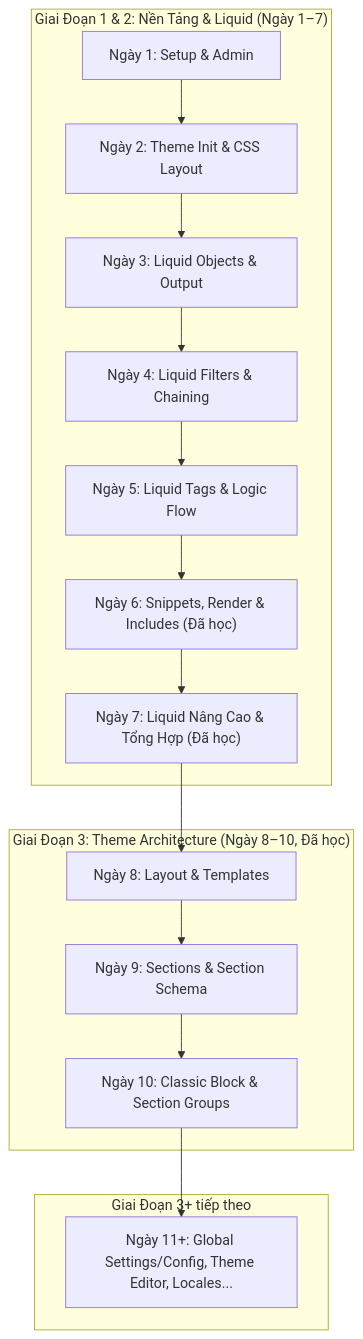
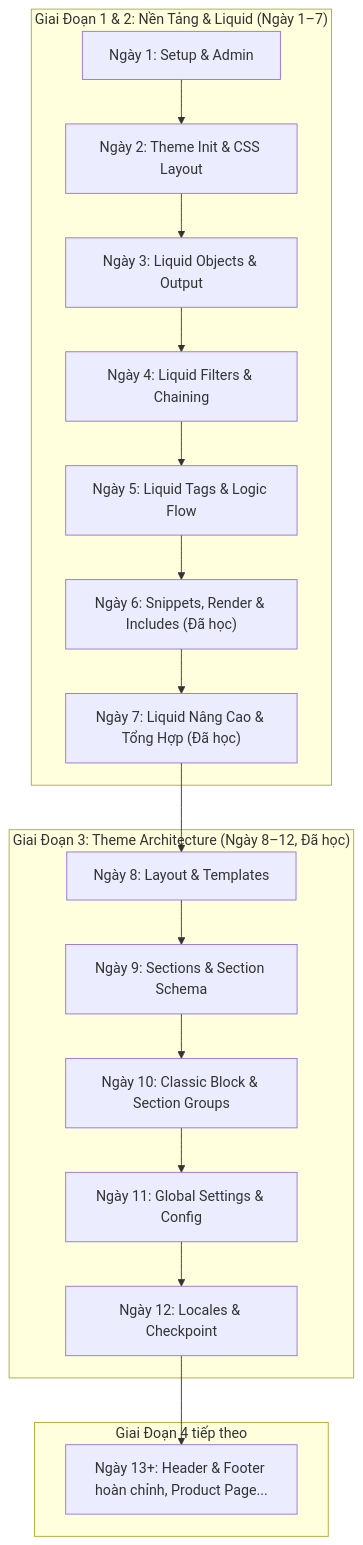
Before and after one commit to phamduc-is/shopify-liquid: the diagram in docs/shopify-liquid-summary.md, drawn with Mermaid. The commit also changed other lines of this file and 9 other files, not shown here.

First line of the commit message:
feat: Day 11-12 (global settings, locales) + docs update

````diff
--- a/docs/shopify-liquid-summary.md
+++ b/docs/shopify-liquid-summary.md
@@ -37,21 +39,23 @@
 ```mermaid
 graph TD
     subgraph Giai_Doan_1_Va_2 ["Giai Đoạn 1 & 2: Nền Tảng & Liquid (Ngày 1–7)"]
         D1["Ngày 1: Setup & Admin"] --> D2["Ngày 2: Theme Init & CSS Layout"]
         D2 --> D3["Ngày 3: Liquid Objects & Output"]
         D3 --> D4["Ngày 4: Liquid Filters & Chaining"]
         D4 --> D5["Ngày 5: Liquid Tags & Logic Flow"]
         D5 --> D6["Ngày 6: Snippets, Render & Includes (Đã học)"]
         D6 --> D7["Ngày 7: Liquid Nâng Cao & Tổng Hợp (Đã học)"]
     end
     
-    subgraph Giai_Doan_3 ["Giai Đoạn 3: Theme Architecture (Ngày 8–10, Đã học)"]
+    subgraph Giai_Doan_3 ["Giai Đoạn 3: Theme Architecture (Ngày 8–12, Đã học)"]
         D7 --> D8["Ngày 8: Layout & Templates"]
         D8 --> D9["Ngày 9: Sections & Section Schema"]
         D9 --> D10["Ngày 10: Classic Block & Section Groups"]
+        D10 --> D11["Ngày 11: Global Settings & Config"]
+        D11 --> D12["Ngày 12: Locales & Checkpoint"]
     end
 
-    subgraph Giai_Doan_Tiep_Theo ["Giai Đoạn 3+ tiếp theo"]
-        D10 --> D11_Plus["Ngày 11+: Global Settings/Config, Theme Editor, Locales..."]
+    subgraph Giai_Doan_4_Tiep_Theo ["Giai Đoạn 4 tiếp theo"]
+        D12 --> D13_Plus["Ngày 13+: Header & Footer hoàn chỉnh, Product Page..."]
     end
 ```
````
